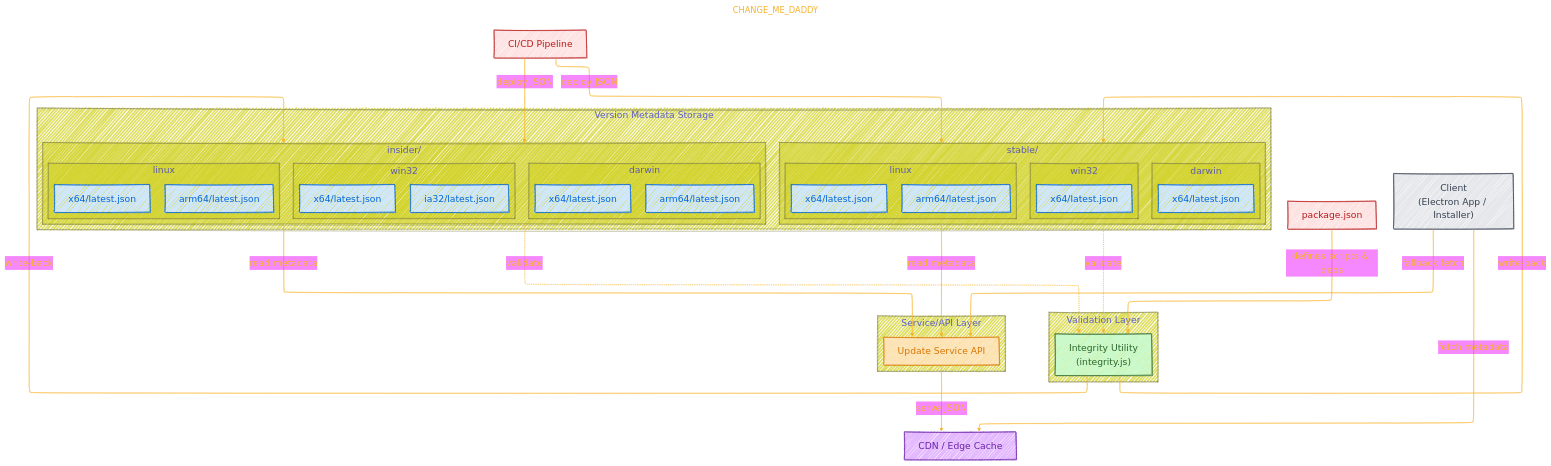
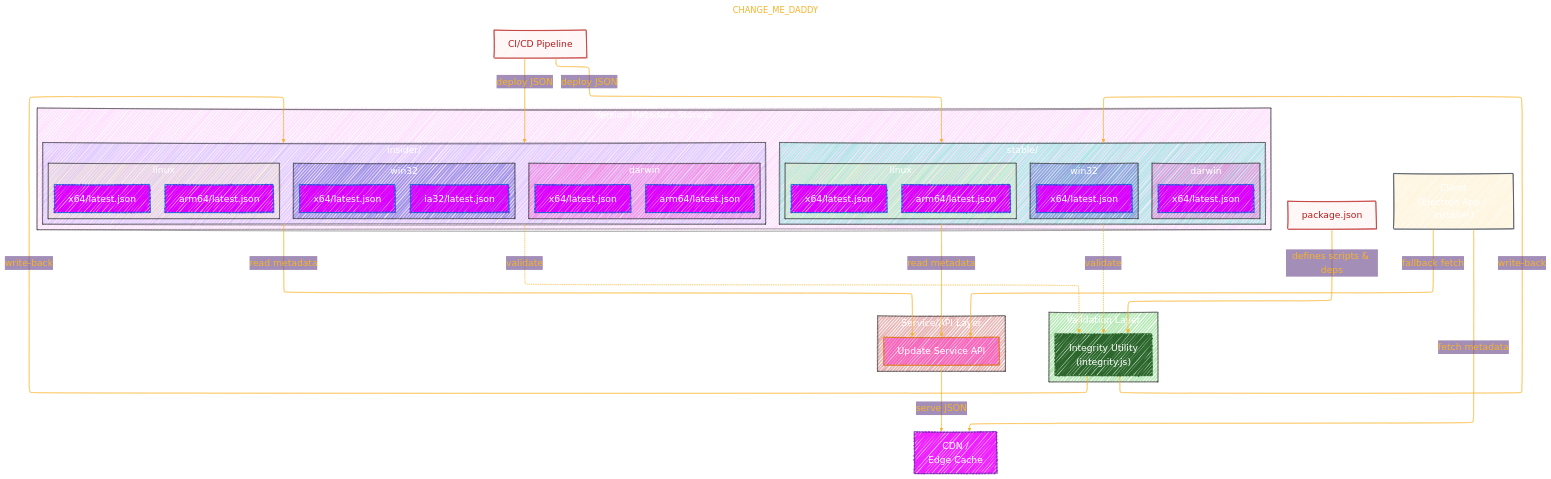
One commit to CongLeSolutionX/ArchExplorer changed the first of 2 diagrams in VSCodium/versions.md. Above: the diagram before and after it, drawn with Mermaid.

Commit message:
update notes

````diff
--- a/VSCodium/versions.md
+++ b/VSCodium/versions.md
@@ -67,7 +67,7 @@
       'primaryTextColor': '#F8B229',
       'lineColor': '#F8B229',
       'primaryBorderColor': '#27AE60',
-      'secondaryColor': '#E2F1',
+      'secondaryColor': '#6483',
       'secondaryTextColor': '#6C3483',
       'secondaryBorderColor': '#A569BD',
       'fontSize': '20px'
@@ -77,29 +77,38 @@
 flowchart TD
     %% Storage Layer
     subgraph STORAGE["Version Metadata Storage"]
+    style STORAGE fill:#F2F2,stroke:#333,stroke-width:1px, color: #FFFF
         subgraph INSIDER["insider/"]
+        style INSIDER fill:#22F2,stroke:#333,stroke-width:1px, color: #FFFF
             subgraph INS_LINUX["linux"]
+            style INS_LINUX fill:#FF22,stroke:#333,stroke-width:1px, color: #FFFF
                 IL_X64["x64/latest.json"]:::storage
                 IL_ARM64["arm64/latest.json"]:::storage
             end
             subgraph INS_DARWIN["darwin"]
+            style INS_DARWIN fill:#F2B5,stroke:#333,stroke-width:1px, color: #FFFF
                 ID_X64["x64/latest.json"]:::storage
                 ID_ARM64["arm64/latest.json"]:::storage
             end
             subgraph INS_WIN32["win32"]
+            style INS_WIN32 fill:#22B5,stroke:#333,stroke-width:1px, color: #FFFF
                 IW_X64["x64/latest.json"]:::storage
                 IW_IA32["ia32/latest.json"]:::storage
             end
         end
         subgraph STABLE["stable/"]
+        style STABLE fill:#2DB5,stroke:#333,stroke-width:1px, color: #FFFF
             subgraph ST_LINUX["linux"]
+            style ST_LINUX fill:#FF22,stroke:#333,stroke-width:1px, color: #FFFF
                 SL_X64["x64/latest.json"]:::storage
                 SL_ARM64["arm64/latest.json"]:::storage
             end
             subgraph ST_DARWIN["darwin"]
+            style ST_DARWIN fill:#F2B5,stroke:#333,stroke-width:1px, color: #FFFF
                 SD_X64["x64/latest.json"]:::storage
             end
             subgraph ST_WIN32["win32"]
+            style ST_WIN32 fill:#22B5,stroke:#333,stroke-width:1px, color: #FFFF
                 SW_X64["x64/latest.json"]:::storage
             end
         end
@@ -107,7 +116,8 @@
 
     %% Validation Layer
     subgraph VALIDATION["Validation Layer"]
-        INTEGRITY["Integrity Utility\n(integrity.js)"]:::validation
+    style VALIDATION fill:#2B25,stroke:#333,stroke-width:1px, color: #FFFF
+        INTEGRITY["Integrity Utility<br/>(integrity.js)"]:::validation
     end
 
     %% CI/CD Pipeline
@@ -116,14 +126,15 @@
 
     %% Service/API Layer
     subgraph SERVICE["Service/API Layer"]
+    style SERVICE fill:#B225,stroke:#333,stroke-width:1px, color: #FFFF
         API["Update Service API"]:::service
     end
 
     %% CDN Layer
-    CDN["CDN / Edge Cache"]:::cdn
+    CDN["CDN /<br/> Edge Cache"]:::cdn
 
     %% Client
-    CLIENT["Client\n(Electron App / Installer)"]:::client
+    CLIENT["Client<br/>(Electron App / Installer)"]:::client
 
     %% Connections
     CI_CD -->|deploy JSON| INSIDER
@@ -146,11 +157,11 @@
     click PACKAGE "https://github.com/vscodium/versions/blob/master/package.json"
 
     %% Styles
-    classDef storage fill:#D0E8FF,stroke:#0366d6,color:#0366d6;
-    classDef validation fill:#C8FACC,stroke:#2c662d,color:#2c662d;
-    classDef service fill:#FFE3B8,stroke:#d97706,color:#d97706;
-    classDef cdn fill:#E3B8FF,stroke:#6b21a8,color:#6b21a8;
-    classDef client fill:#E5E7EB,stroke:#374151,color:#374151;
-    classDef ci fill:#FEE2E2,stroke:#b91c1c,color:#b91c1c;
+    classDef storage fill:#D0FF,stroke:#0366d6,color:#FFFF
+    classDef validation fill:#CFACC,stroke:#2c662d,color:#FFFF
+    classDef service fill:#F2B8,stroke:#d97706,color:#FFFF
+    classDef cdn fill:#E2FF,stroke:#6b21a8,color:#FFFF
+    classDef client fill:#FB22,stroke:#374151,color:#FFFF
+    classDef ci fill:#FBB2,stroke:#b91c1c,color:#b91c1c
 
 ```
````
